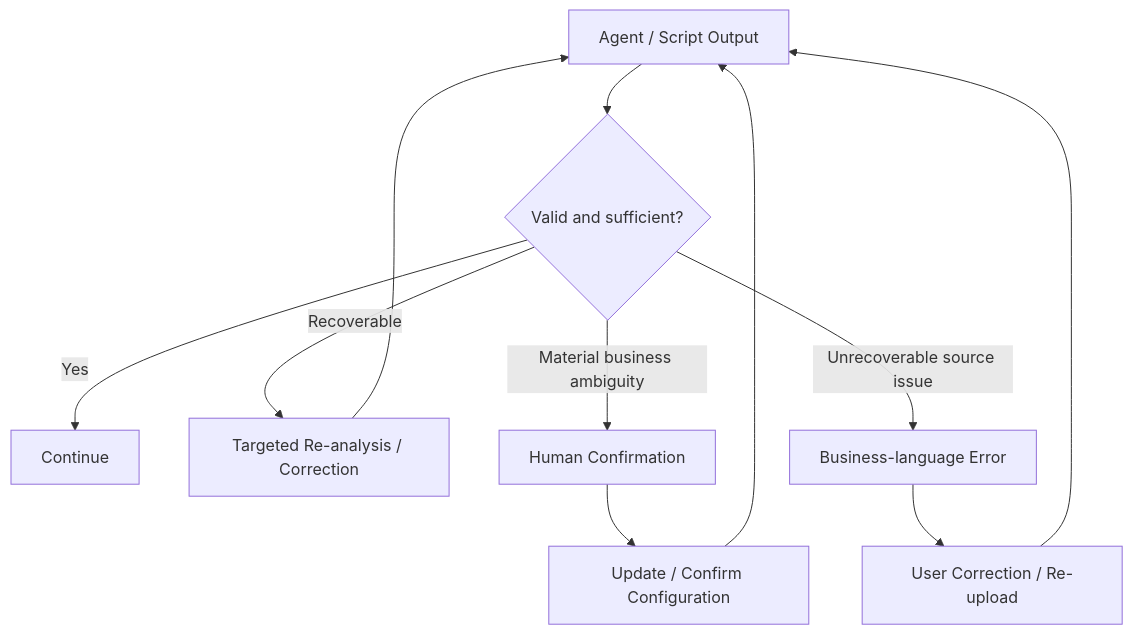
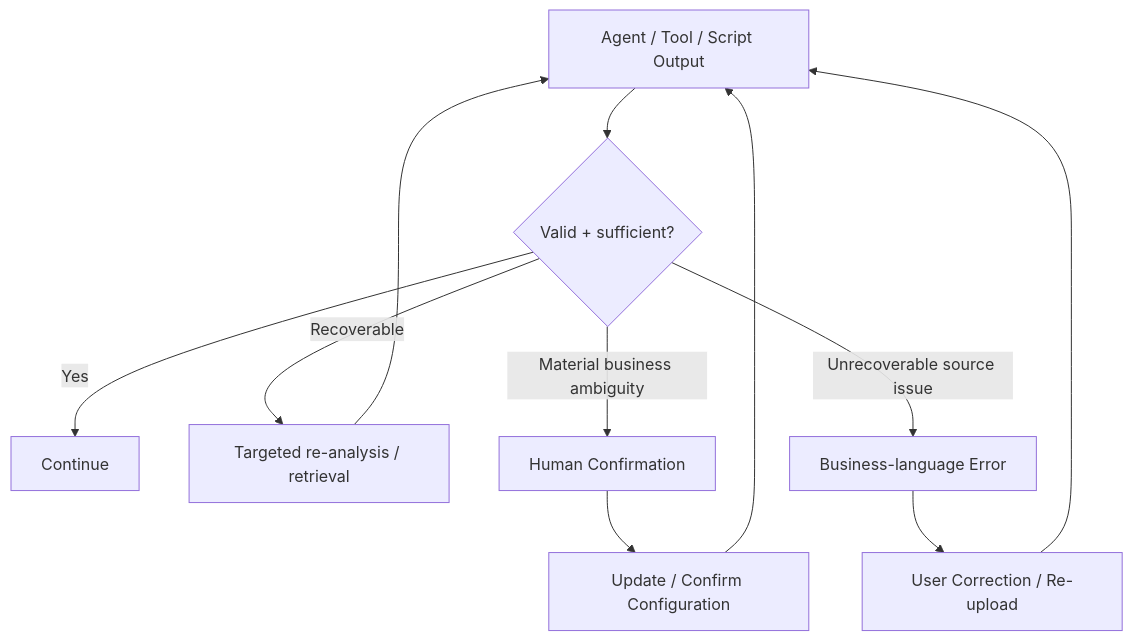
Before and after one commit to adityarane-ai/Agentic-Orchestrations: the second of 2 diagrams in Bid Analysis Agent/04-System-Architecture.md, drawn with Mermaid. The commit also changed other lines of this file, not shown here.

Commit message:
Add GEP knowledge layer and precedence/governance to system architecture

````diff
--- a/Bid Analysis Agent/04-System-Architecture.md
+++ b/Bid Analysis Agent/04-System-Architecture.md
@@ -220,13 +212,13 @@
 ```mermaid
 flowchart TD
-    A[Agent / Script Output] --> B{Valid and sufficient?}
+    A[Agent / Tool / Script Output] --> B{Valid + sufficient?}
     B -->|Yes| C[Continue]
-    B -->|Recoverable| D[Targeted Re-analysis / Correction]
+    B -->|Recoverable| D[Targeted re-analysis / retrieval]
     D --> A
     B -->|Material business ambiguity| E[Human Confirmation]
     E --> F[Update / Confirm Configuration]
     F --> A
     B -->|Unrecoverable source issue| G[Business-language Error]
     G --> H[User Correction / Re-upload]
     H --> A
 ```
````
